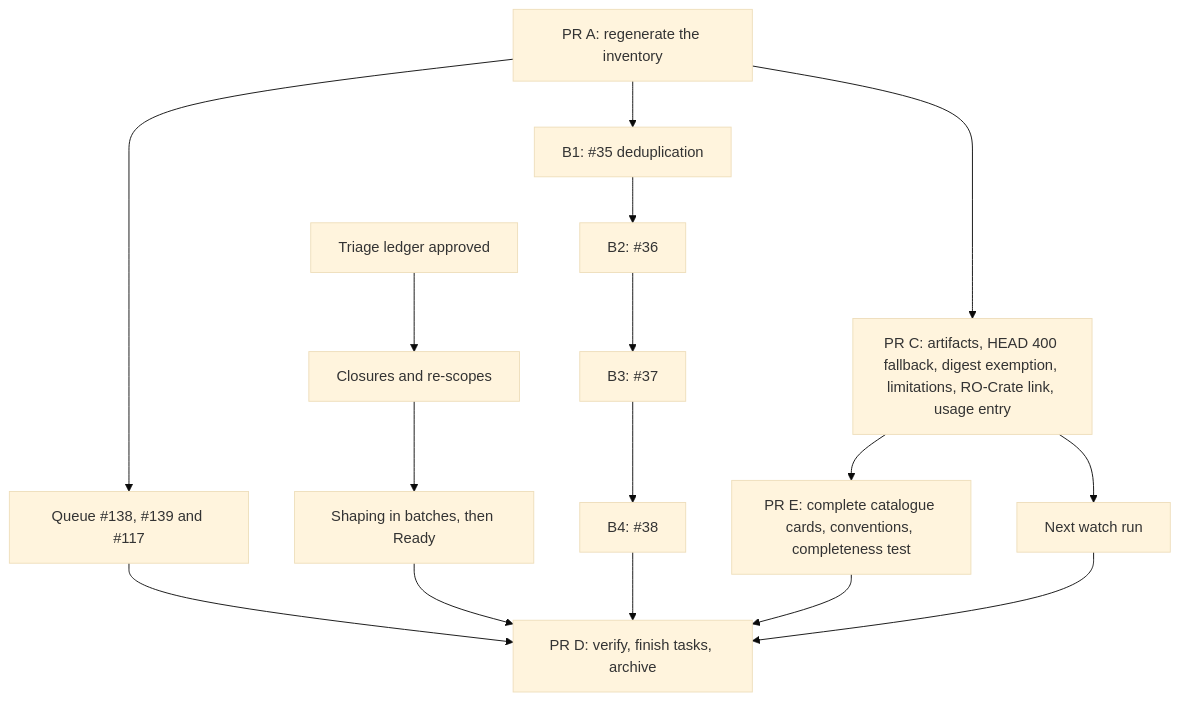
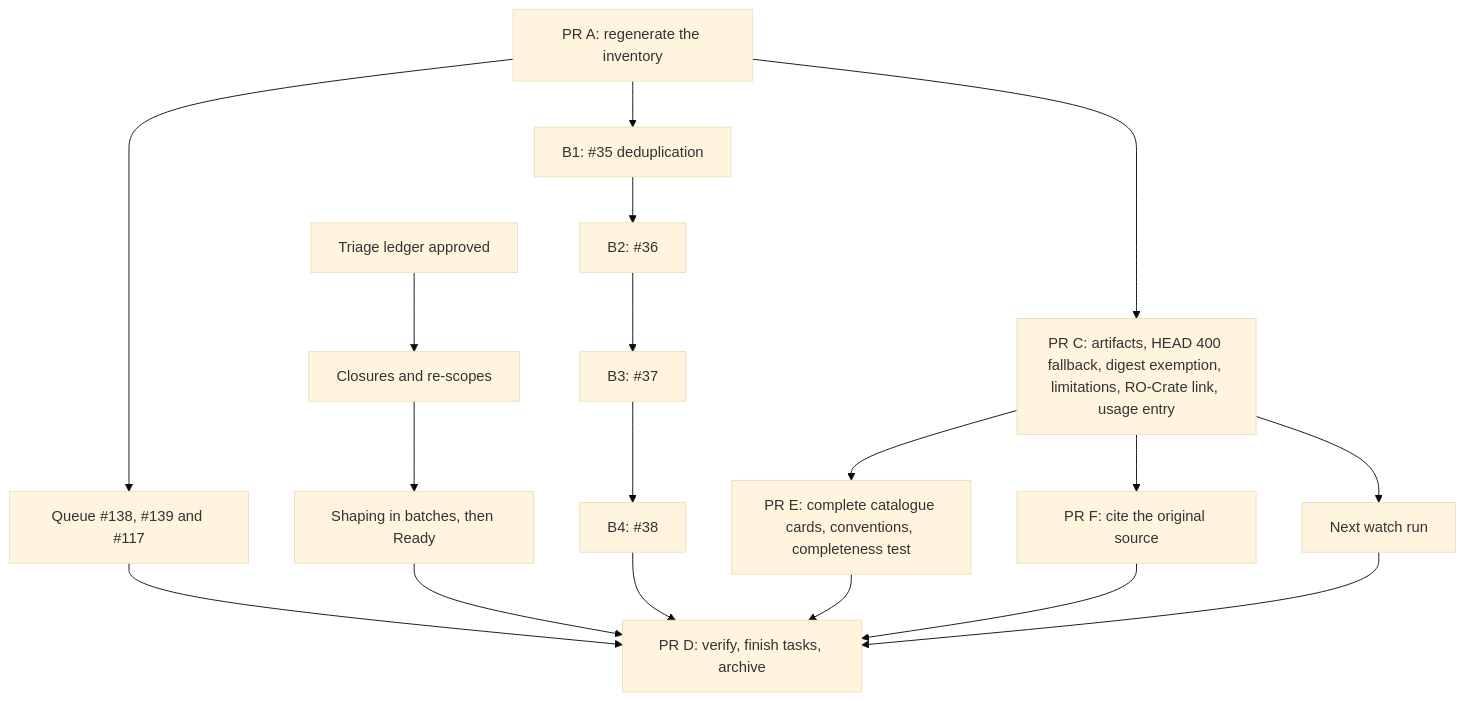
One commit to dsw-nrp/eosc-fair-guide changed the diagram in openspec/changes/restore-main-and-triage-open-work/design.md. Above: the diagram before and after it, drawn with Mermaid (base theme). The commit also changed other lines of this file and 13 other files, not shown here.

First line of the commit message:
docs: require the original source for a ledger clause

````diff
--- a/openspec/changes/restore-main-and-triage-open-work/design.md
+++ b/openspec/changes/restore-main-and-triage-open-work/design.md
@@ -62,17 +62,19 @@
 ```mermaid
 flowchart TD
   accTitle: Pull request and triage order for this change
-  accDescr: PR A restores main first. Then the bot pull requests are queued, the four rebuilt content pull requests merge in issue order, and PR C carries the change artifacts, the watch fix, the digest exemption and the digest fixes. PR E follows PR C with the complete catalogue. Independently, the issue triage applies an approved ledger, first closures and re-scopes, then shaping. After the next watch run, the triage and PR E, PR D records verification and archives the change.
+  accDescr: PR A restores main first. Then the bot pull requests are queued, the four rebuilt content pull requests merge in issue order, and PR C carries the change artifacts, the watch fix, the digest exemption and the digest fixes. PR E follows PR C with the complete catalogue, and PR F with the original-source rule. Independently, the issue triage applies an approved ledger, first closures and re-scopes, then shaping. After the next watch run, the triage, PR E and PR F, PR D records verification and archives the change.
   A[PR A: regenerate the inventory] --> BOT[Queue #138, #139 and #117]
   A --> B1[B1: #35 deduplication]
   B1 --> B2[B2: #36] --> B3[B3: #37] --> B4[B4: #38]
   A --> C[PR C: artifacts, HEAD 400 fallback, digest exemption, limitations, RO-Crate link, usage entry]
   C --> E[PR E: complete catalogue cards, conventions, completeness test]
+  C --> F[PR F: cite the original source]
   L[Triage ledger approved] --> T1[Closures and re-scopes] --> T2[Shaping in batches, then Ready]
   C --> W[Next watch run]
   W --> D[PR D: verify, finish tasks, archive]
   B4 --> D
   BOT --> D
   T2 --> D
   E --> D
+  F --> D
 ```
````
